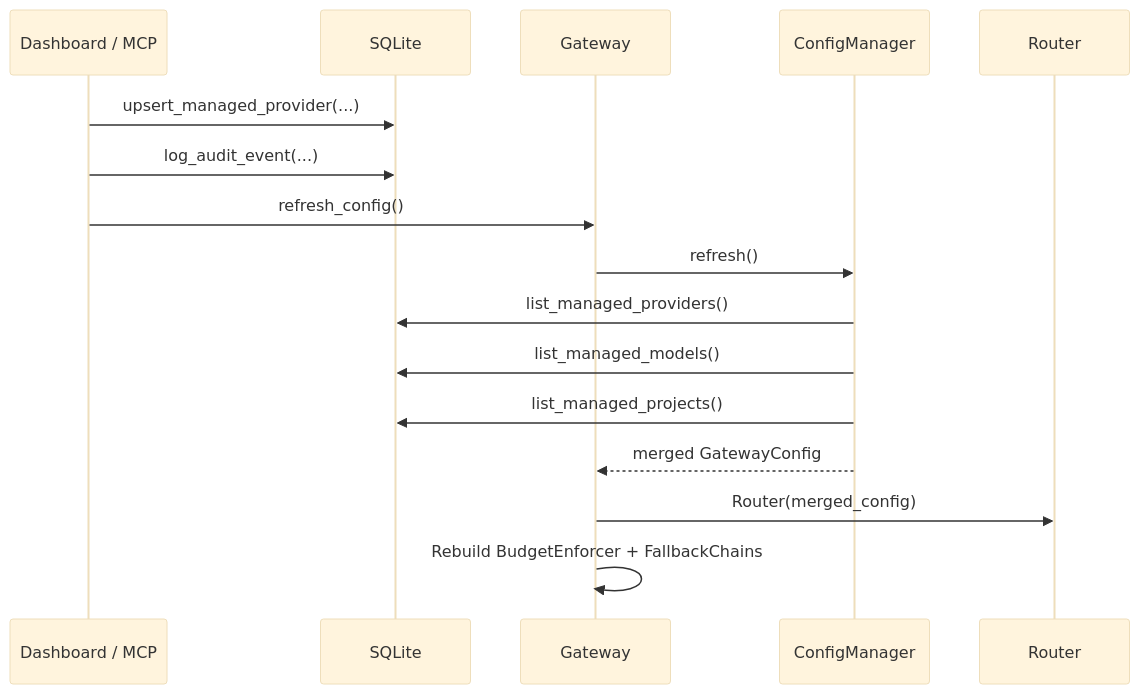
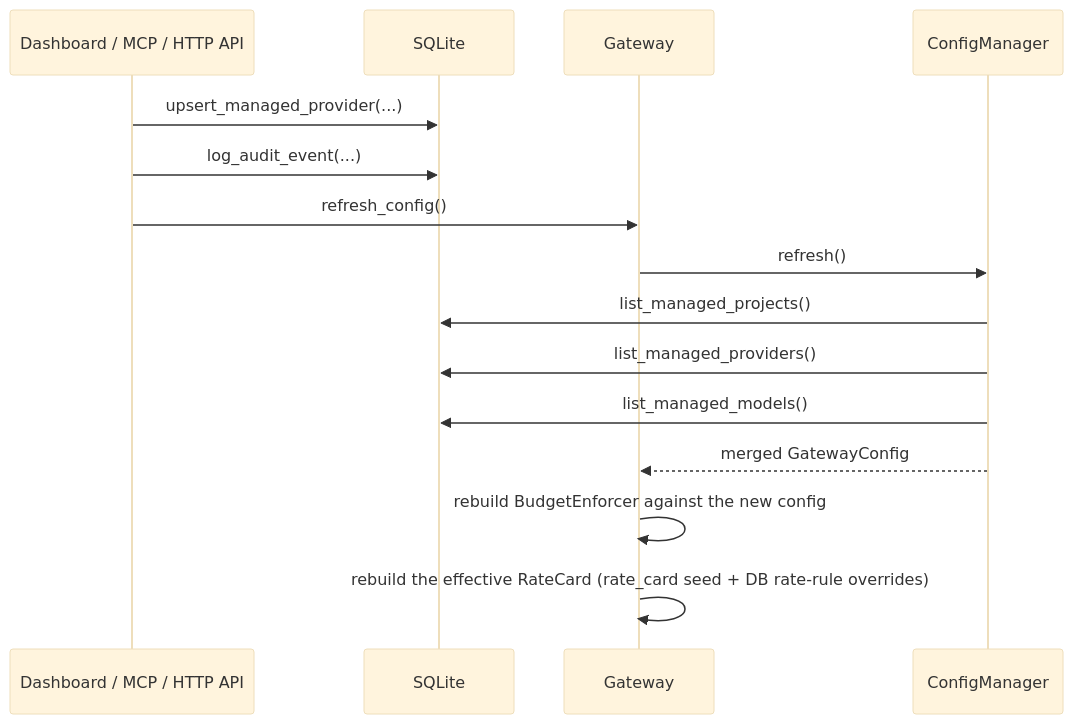
The second of 2 diagrams in docs/architecture/config-layers.md (mahimailabs/voicegateway), drawn with Mermaid (base theme) before and after one commit. The commit also changed other lines of this file and 35 other files, not shown here.

````diff
--- a/docs/architecture/config-layers.md
+++ b/docs/architecture/config-layers.md
@@ -162,19 +173,18 @@
 ```mermaid
 sequenceDiagram
-    participant API as Dashboard / MCP
+    participant API as Dashboard / MCP / HTTP API
     participant DB as SQLite
     participant GW as Gateway
     participant CM as ConfigManager
-    participant R as Router
 
     API->>DB: upsert_managed_provider(...)
     API->>DB: log_audit_event(...)
     API->>GW: refresh_config()
     GW->>CM: refresh()
+    CM->>DB: list_managed_projects()
     CM->>DB: list_managed_providers()
     CM->>DB: list_managed_models()
-    CM->>DB: list_managed_projects()
     CM-->>GW: merged GatewayConfig
-    GW->>R: Router(merged_config)
-    GW->>GW: Rebuild BudgetEnforcer + FallbackChains
+    GW->>GW: rebuild BudgetEnforcer against the new config
+    GW->>GW: rebuild the effective RateCard (rate_card seed + DB rate-rule overrides)
 ```
````
